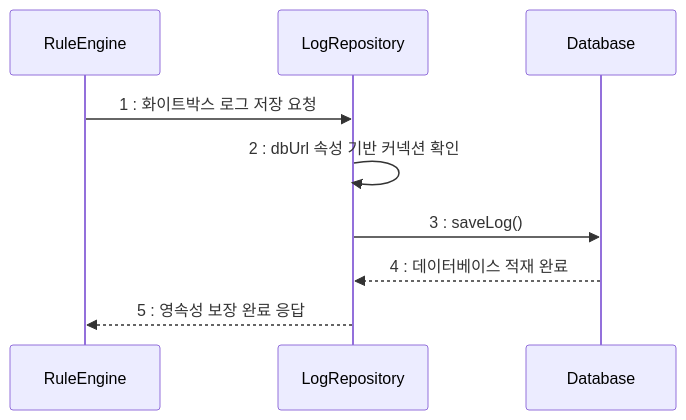
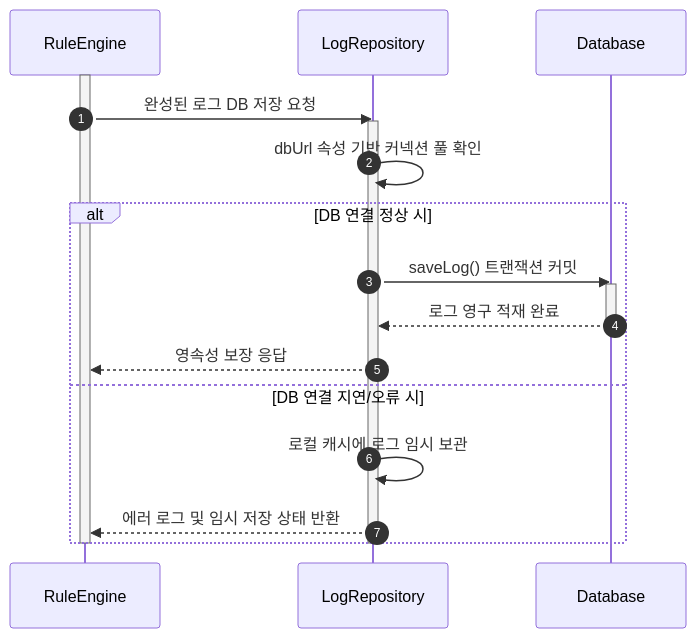
Before and after one commit to seokchaeyeon/2026_1_OSS: the seventh of 12 diagrams in Design_[22411890_석채연].md, drawn with Mermaid. The commit also changed other lines of this file, not shown here.

````diff
--- a/Design_[22411890_석채연].md
+++ b/Design_[22411890_석채연].md
@@ -226,12 +299,26 @@
 ```mermaid
 sequenceDiagram
+    autonumber
     participant Rule as RuleEngine
     participant Repo as LogRepository
     participant DB as Database
 
-    Rule->>Repo: 1 : 화이트박스 로그 저장 요청
-    Repo->>Repo: 2 : dbUrl 속성 기반 커넥션 확인
-    Repo->>DB: 3 : saveLog() 
-    DB-->>Repo: 4 : 데이터베이스 적재 완료
-    Repo-->>Rule: 5 : 영속성 보장 완료 응답
+    activate Rule
+    Rule->>Repo: 완성된 로그 DB 저장 요청
+    activate Repo
+    Repo->>Repo: dbUrl 속성 기반 커넥션 풀 확인
+    
+    alt DB 연결 정상 시
+        Repo->>DB: saveLog() 트랜잭션 커밋
+        activate DB
+        DB-->>Repo: 로그 영구 적재 완료
+        deactivate DB
+        Repo-->>Rule: 영속성 보장 응답
+    else DB 연결 지연/오류 시
+        Repo->>Repo: 로컬 캐시에 로그 임시 보관
+        Repo-->>Rule: 에러 로그 및 임시 저장 상태 반환
+    end
+    
+    deactivate Repo
+    deactivate Rule
 ```
````
